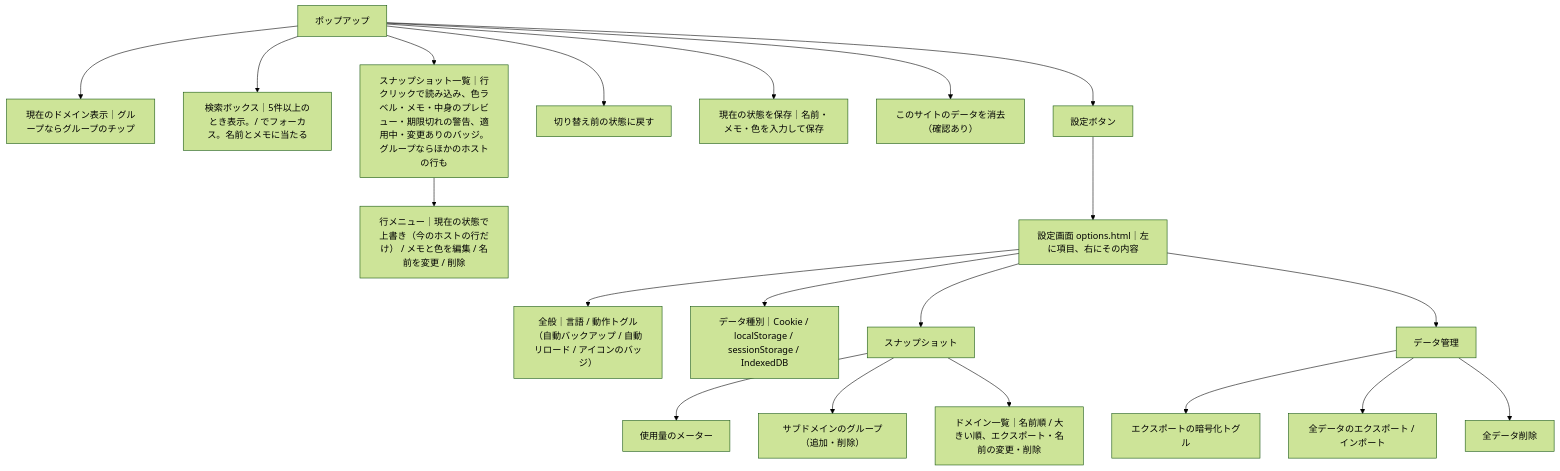
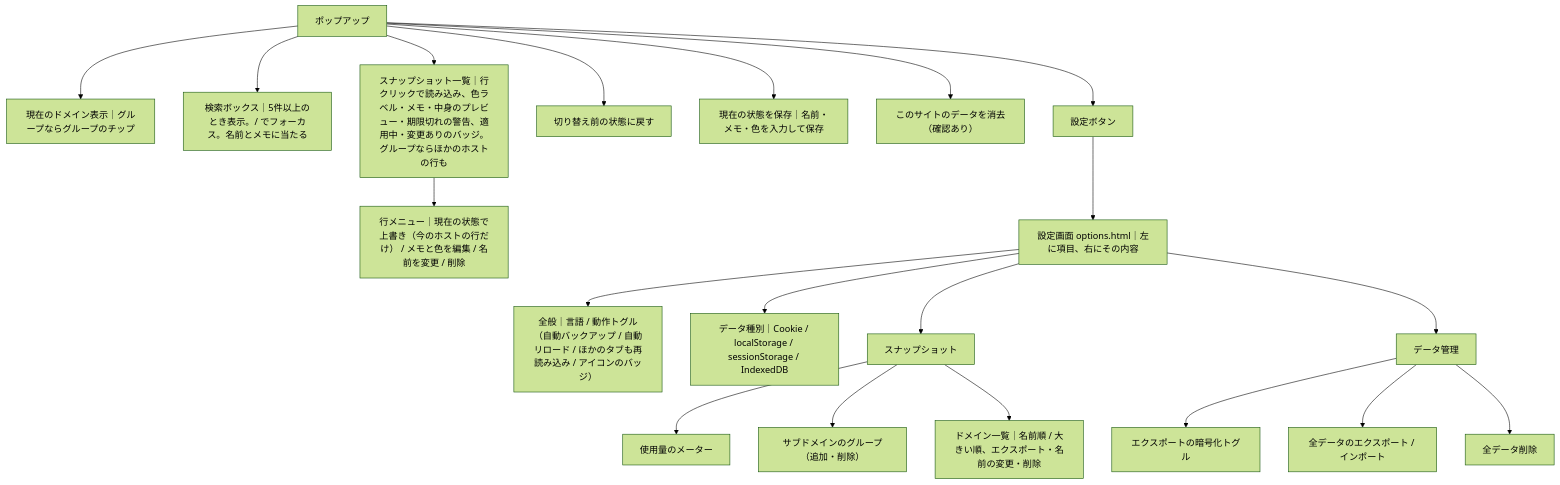
The first of 2 diagrams in CLAUDE.md (istb16/switch-browser-data-extension), drawn with Mermaid (forest theme) before and after one commit. The commit also changed other lines of this file and 22 other files, not shown here.

````diff
--- a/CLAUDE.md
+++ b/CLAUDE.md
@@ -77,24 +85,24 @@
 ```mermaid
 graph TD
   popup["ポップアップ"]
   popup --> domain["現在のドメイン表示｜グループならグループのチップ"]
   popup --> search["検索ボックス｜5件以上のとき表示。/ でフォーカス。名前とメモに当たる"]
   popup --> list["スナップショット一覧｜行クリックで読み込み、色ラベル・メモ・中身のプレビュー・期限切れの警告、適用中・変更ありのバッジ。グループならほかのホストの行も"]
   list --> row_menu["行メニュー｜現在の状態で上書き（今のホストの行だけ） / メモと色を編集 / 名前を変更 / 削除"]
   popup --> undo["切り替え前の状態に戻す"]
   popup --> save["現在の状態を保存｜名前・メモ・色を入力して保存"]
   popup --> clear_site["このサイトのデータを消去（確認あり）"]
   popup --> settings_btn["設定ボタン"]
   settings_btn --> options["設定画面 options.html｜左に項目、右にその内容"]
 
-  options --> general["全般｜言語 / 動作トグル（自動バックアップ / 自動リロード / アイコンのバッジ）"]
+  options --> general["全般｜言語 / 動作トグル（自動バックアップ / 自動リロード / ほかのタブも再読み込み / アイコンのバッジ）"]
   options --> toggles["データ種別｜Cookie / localStorage / sessionStorage / IndexedDB"]
   options --> snapshots_pane["スナップショット"]
   snapshots_pane --> meter["使用量のメーター"]
   snapshots_pane --> groups["サブドメインのグループ（追加・削除）"]
   snapshots_pane --> domain_list["ドメイン一覧｜名前順 / 大きい順、エクスポート・名前の変更・削除"]
   options --> data_pane["データ管理"]
   data_pane --> encrypt["エクスポートの暗号化トグル"]
   data_pane --> export_import["全データのエクスポート / インポート"]
   data_pane --> clear["全データ削除"]
 ```
````
